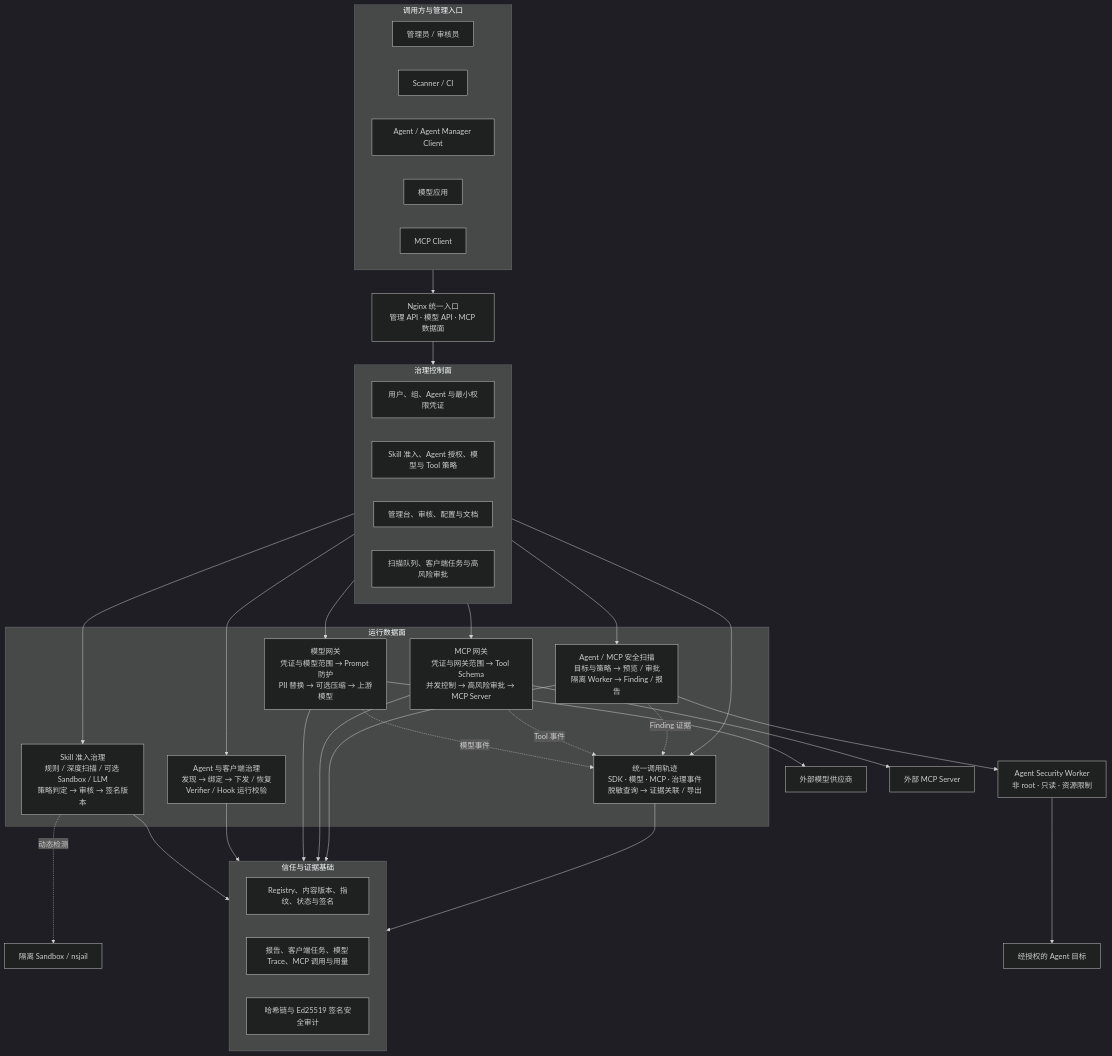
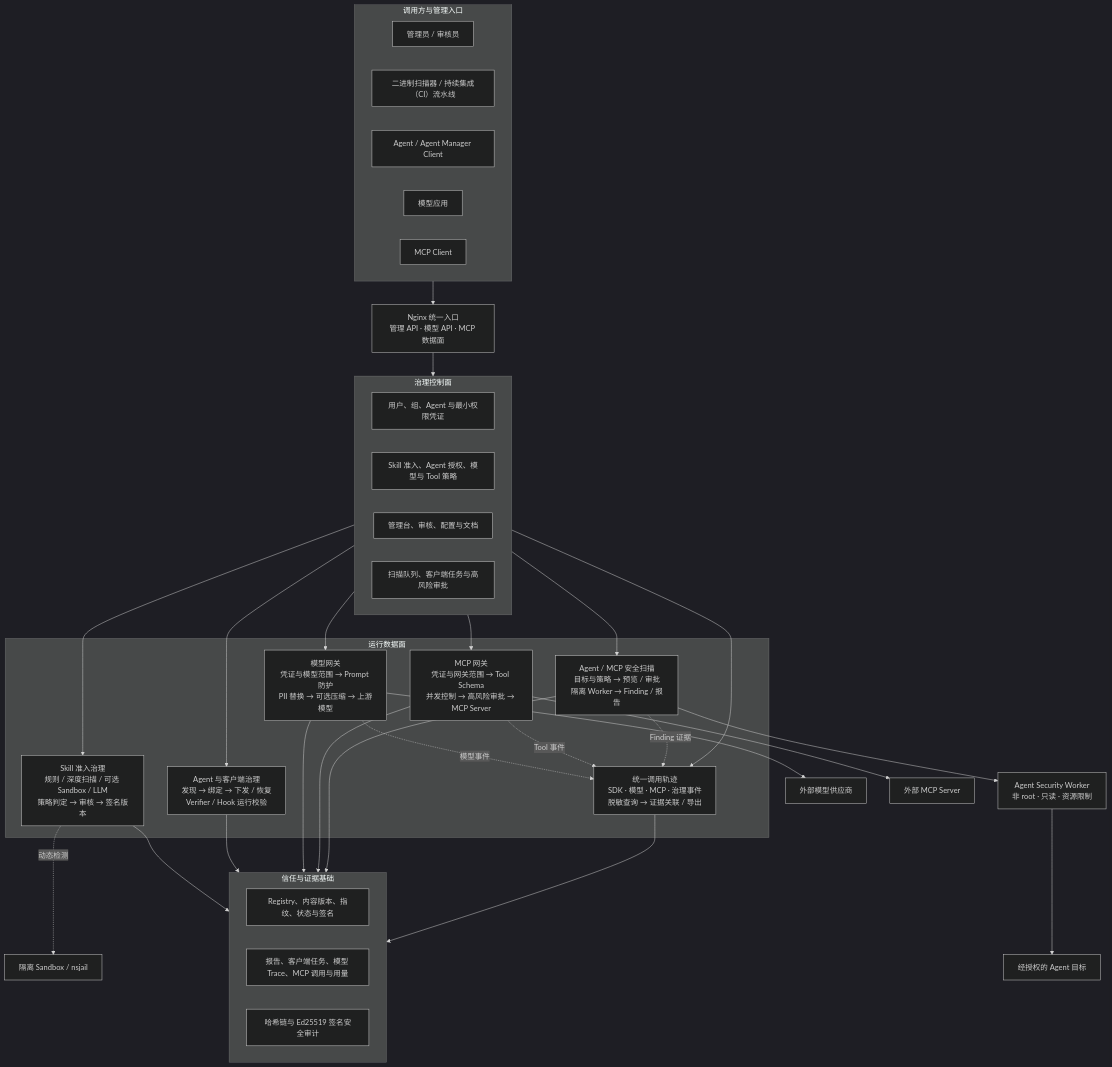
Before and after one commit to HuangLuGuang/skill-manager: the second of 6 diagrams in docs/project-guide.md, drawn with Mermaid (dark theme). The commit also changed other lines of this file and 81 other files, not shown here.

````diff
--- a/docs/project-guide.md
+++ b/docs/project-guide.md
@@ -253,62 +253,62 @@
 ```mermaid
 flowchart TB
     subgraph Callers["调用方与管理入口"]
       Admin["管理员 / 审核员"]
-      Scanner["Scanner / CI"]
+      Scanner["二进制扫描器 / 持续集成（CI）流水线"]
       Agent["Agent / Agent Manager Client"]
       ModelApp["模型应用"]
       McpClient["MCP Client"]
     end
 
     Entry["Nginx 统一入口<br/>管理 API · 模型 API · MCP 数据面"]
     Callers --> Entry
 
     subgraph Control["治理控制面"]
       Identity["用户、组、Agent 与最小权限凭证"]
       Policy["Skill 准入、Agent 授权、模型与 Tool 策略"]
       Console["管理台、审核、配置与文档"]
       Tasks["扫描队列、客户端任务与高风险审批"]
     end
     Entry --> Control
 
     subgraph Runtime["运行数据面"]
       Skill["Skill 准入治理<br/>规则 / 深度扫描 / 可选 Sandbox / LLM<br/>策略判定 → 审核 → 签名版本"]
       Client["Agent 与客户端治理<br/>发现 → 绑定 → 下发 / 恢复<br/>Verifier / Hook 运行校验"]
       Model["模型网关<br/>凭证与模型范围 → Prompt 防护<br/>PII 替换 → 可选压缩 → 上游模型"]
       MCP["MCP 网关<br/>凭证与网关范围 → Tool Schema<br/>并发控制 → 高风险审批 → MCP Server"]
       AgentScan["Agent / MCP 安全扫描<br/>目标与策略 → 预览 / 审批<br/>隔离 Worker → Finding / 报告"]
       RuntimeTrace["统一调用轨迹<br/>SDK · 模型 · MCP · 治理事件<br/>脱敏查询 → 证据关联 / 导出"]
     end
     Control --> Skill
     Control --> Client
     Control --> Model
     Control --> MCP
     Control --> AgentScan
     Control --> RuntimeTrace
 
     Sandbox["隔离 Sandbox / nsjail"]
     SecurityWorker["Agent Security Worker<br/>非 root · 只读 · 资源限制"]
     Upstream["外部模型供应商"]
     Servers["外部 MCP Server"]
     Targets["经授权的 Agent 目标"]
     Skill -. "动态检测" .-> Sandbox
     AgentScan --> SecurityWorker
     SecurityWorker --> Targets
     Model --> Upstream
     MCP --> Servers
     Model -. "模型事件" .-> RuntimeTrace
     MCP -. "Tool 事件" .-> RuntimeTrace
     AgentScan -. "Finding 证据" .-> RuntimeTrace
 
     subgraph Evidence["信任与证据基础"]
       Registry["Registry、内容版本、指纹、状态与签名"]
       Trace["报告、客户端任务、模型 Trace、MCP 调用与用量"]
       Audit["哈希链与 Ed25519 签名安全审计"]
     end
     Skill --> Evidence
     Client --> Evidence
     Model --> Evidence
     MCP --> Evidence
     AgentScan --> Evidence
     RuntimeTrace --> Evidence
 ```
````
